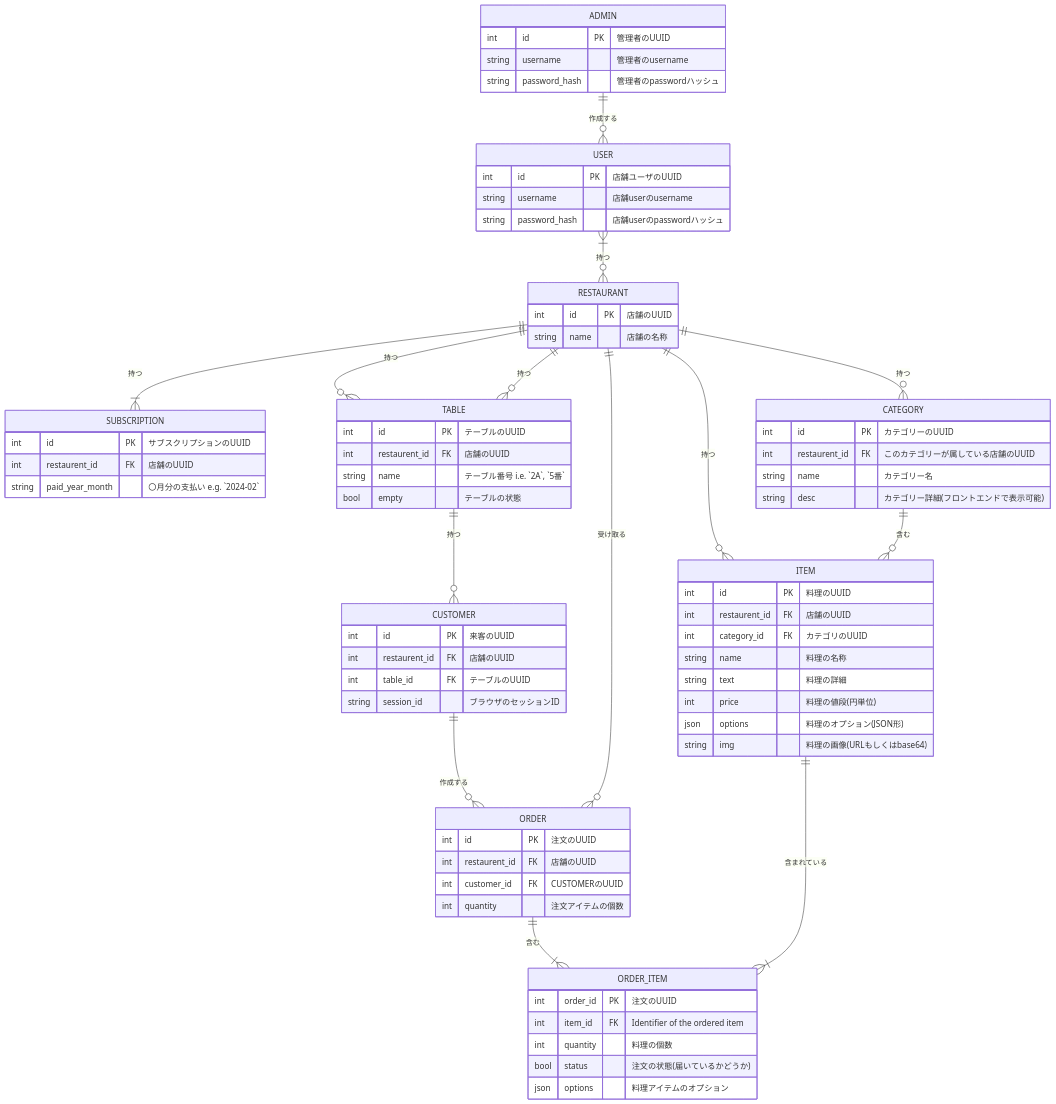
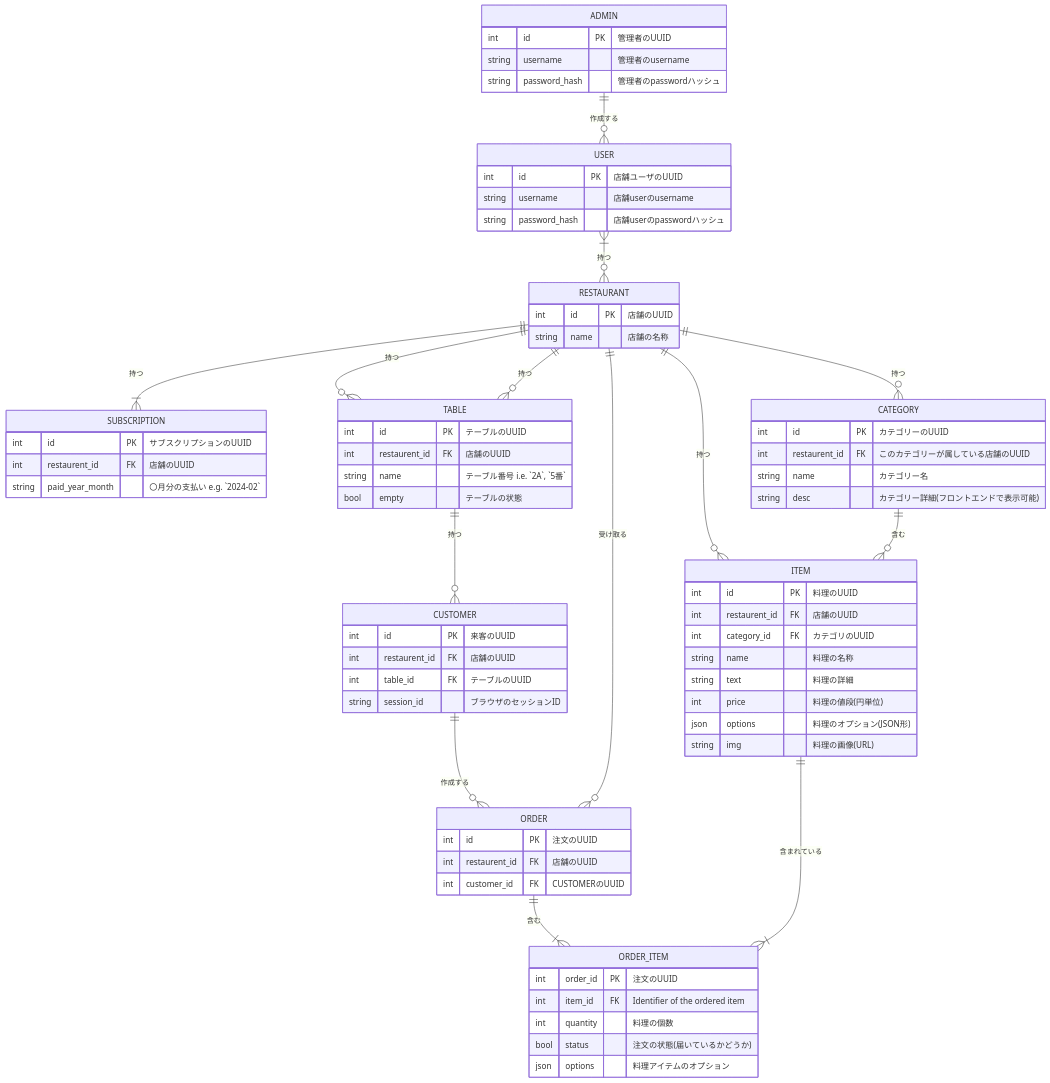
One commit to Sardonyx001/qr-order changed the diagram in backend/docs/ER_DIAGRAM.md. Above: the diagram before and after it, drawn with Mermaid.

Commit message:
chore: fix er diagram

```diff
--- a/backend/docs/ER_DIAGRAM.md
+++ b/backend/docs/ER_DIAGRAM.md
@@ -48,14 +48,13 @@
         string text "料理の詳細"
         int price "料理の値段(円単位)"
         json options "料理のオプション(JSON形)"
-        string img "料理の画像(URLもしくはbase64)"
+        string img "料理の画像(URL)"
     }
 
     ORDER {
         int id PK "注文のUUID"
         int restaurent_id FK "店舗のUUID"
         int customer_id FK "CUSTOMERのUUID"
-        int quantity "注文アイテムの個数"
     }
 
     ORDER_ITEM {
```
